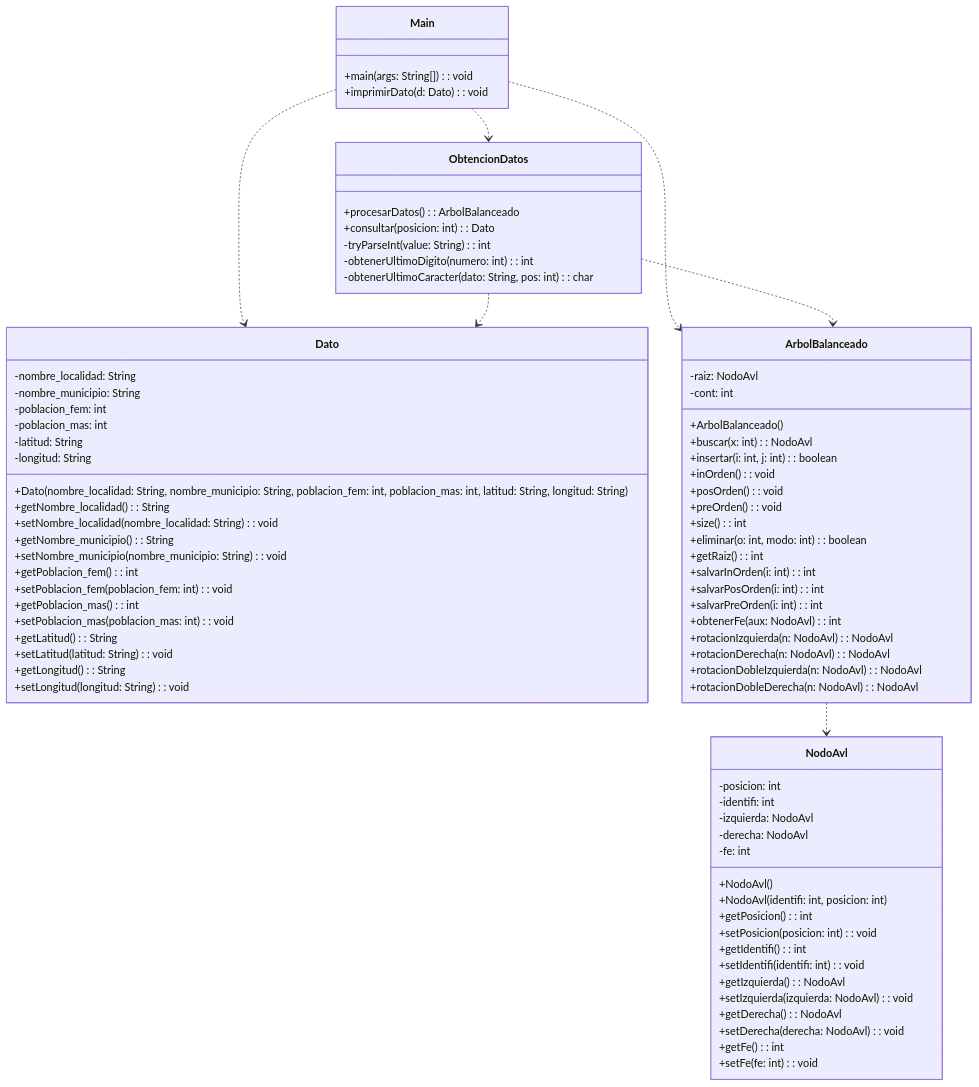
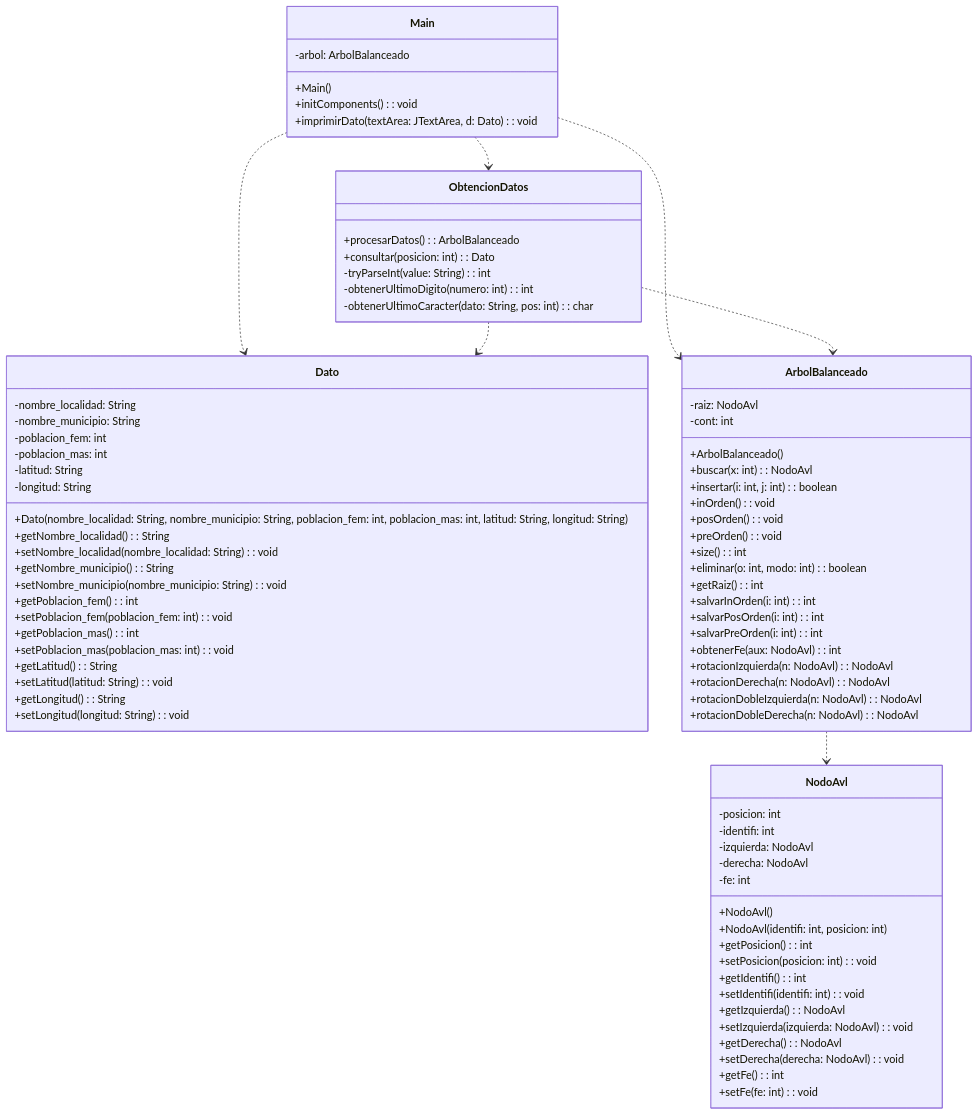
The diagram in README.md (jangelmm/edd_u6_arbol_binario_como_indice), drawn with Mermaid before and after one commit. The commit also changed other lines of this file, not shown here.

Commit message:
Actualización del UML y API

`````diff
--- a/README.md
+++ b/README.md
@@ -104,8 +97,10 @@
   }
 
   class Main {
-    +main(args: String[]): void
-    +imprimirDato(d: Dato): void
+    -arbol: ArbolBalanceado
+    +Main()
+    +initComponents(): void
+    +imprimirDato(textArea: JTextArea, d: Dato): void
   }
 
 Main ..>Dato
@@ -115,4 +110,5 @@
 ObtencionDatos..> ArbolBalanceado
 ObtencionDatos..> Dato
 ArbolBalanceado ..> NodoAvl
+
 ````
`````
